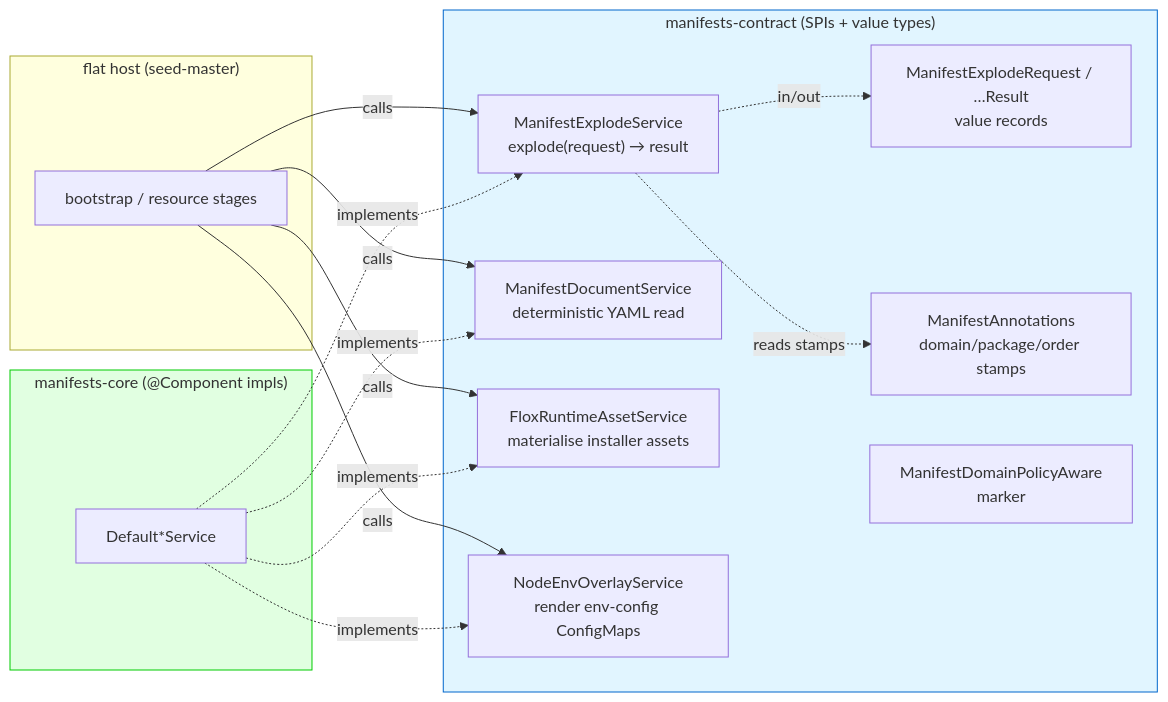
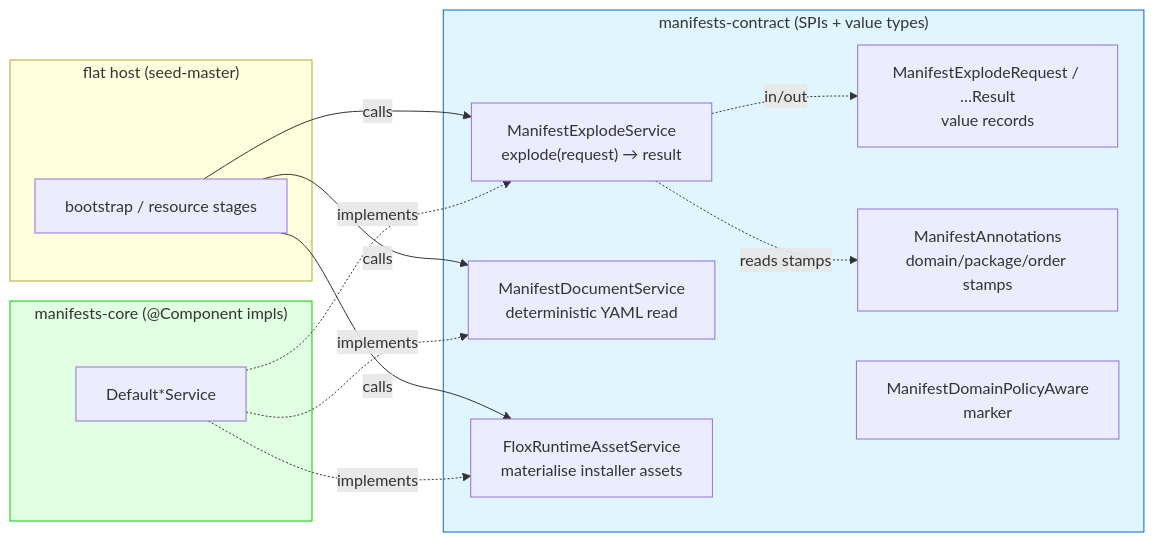
Before and after one commit to nxmatic/rke2lab: the third of 6 diagrams in docs/architecture/manifests/manifests-architecture.adoc, drawn with Mermaid. The commit also changed other lines of this file and 5 other files, not shown here.

```diff
--- a/docs/architecture/manifests/manifests-architecture.adoc
+++ b/docs/architecture/manifests/manifests-architecture.adoc
@@ -366,31 +366,28 @@
 [mermaid]
 ----
 graph LR
     subgraph host["flat host (seed-master)"]
       H["bootstrap / resource stages"]
     end
     subgraph port["manifests-contract (SPIs + value types)"]
       EXPL["ManifestExplodeService<br/>explode(request) → result"]
       DOC["ManifestDocumentService<br/>deterministic YAML read"]
       FLOX["FloxRuntimeAssetService<br/>materialise installer assets"]
-      NEO["NodeEnvOverlayService<br/>render env-config ConfigMaps"]
       REQ["ManifestExplodeRequest / …Result<br/>value records"]
       ANN["ManifestAnnotations<br/>domain/package/order stamps"]
       PAW["ManifestDomainPolicyAware<br/>marker"]
     end
     subgraph core["manifests-core (@Component impls)"]
       C["Default*Service"]
     end
     H -->|calls| EXPL
     H -->|calls| DOC
     H -->|calls| FLOX
-    H -->|calls| NEO
     EXPL -.->|in/out| REQ
     EXPL -.->|reads stamps| ANN
     C -.->|implements| EXPL
     C -.->|implements| DOC
     C -.->|implements| FLOX
-    C -.->|implements| NEO
     style port fill:#e1f5ff,stroke:#0066cc
     style core fill:#e1ffe1,stroke:#00cc00
 ----
```
